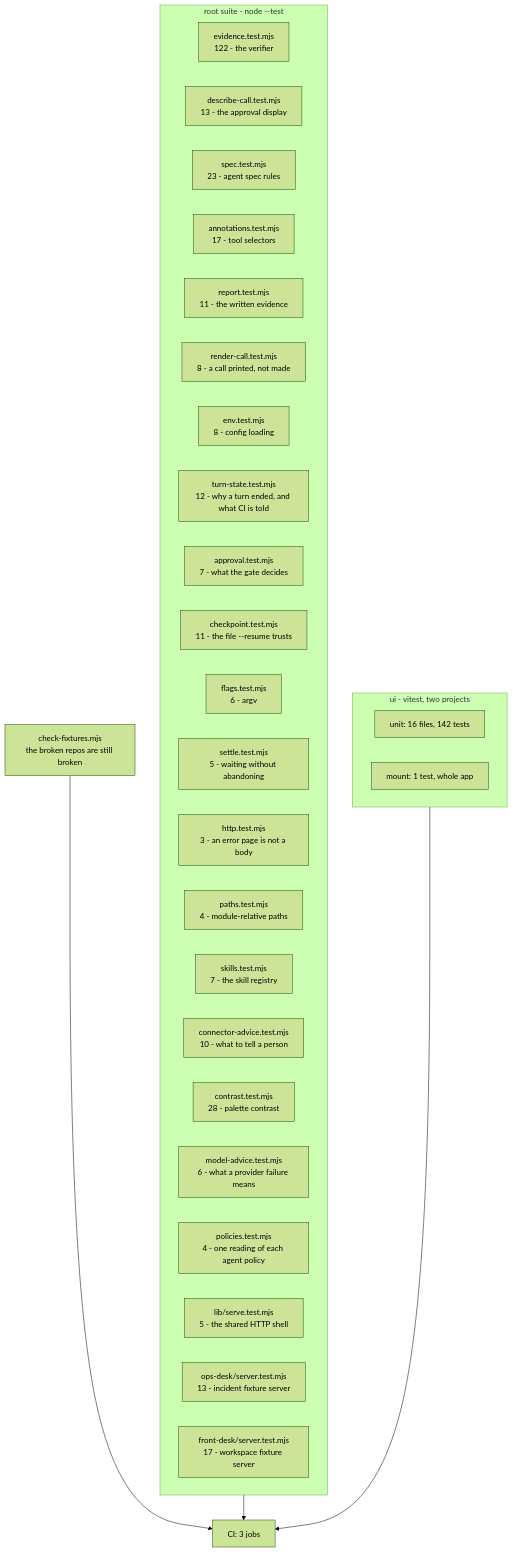
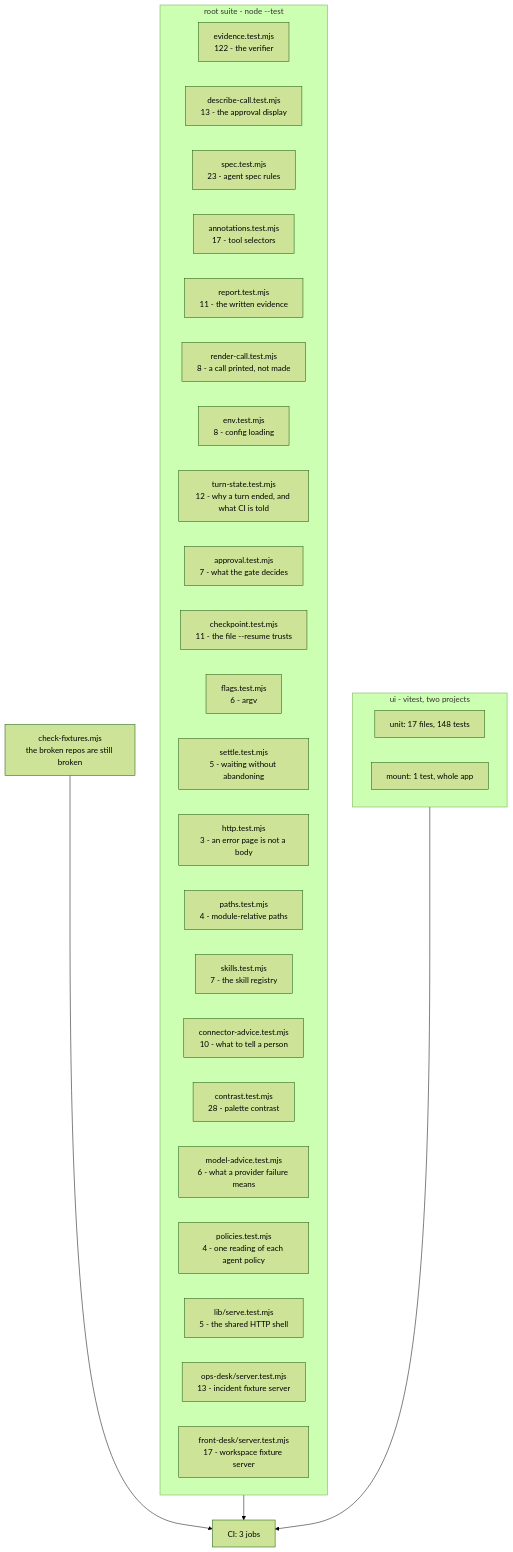
Before and after one commit to manumishra12/quartermaster: the diagram in TESTING.md, drawn with Mermaid (forest theme). The commit also changed other lines of this file and 4 other files, not shown here.

````diff
--- a/TESTING.md
+++ b/TESTING.md
@@ -30,38 +30,38 @@
 ```mermaid
 flowchart TD
   subgraph root["root suite - node --test"]
     EV["evidence.test.mjs<br/>122 - the verifier"]
     DC["describe-call.test.mjs<br/>13 - the approval display"]
     SP["spec.test.mjs<br/>23 - agent spec rules"]
     AN["annotations.test.mjs<br/>17 - tool selectors"]
     RP["report.test.mjs<br/>11 - the written evidence"]
     RC["render-call.test.mjs<br/>8 - a call printed, not made"]
     EN["env.test.mjs<br/>8 - config loading"]
     TS["turn-state.test.mjs<br/>12 - why a turn ended, and what CI is told"]
     AP["approval.test.mjs<br/>7 - what the gate decides"]
     CK["checkpoint.test.mjs<br/>11 - the file --resume trusts"]
     FL["flags.test.mjs<br/>6 - argv"]
     ST["settle.test.mjs<br/>5 - waiting without abandoning"]
     HT["http.test.mjs<br/>3 - an error page is not a body"]
     PA["paths.test.mjs<br/>4 - module-relative paths"]
     SK["skills.test.mjs<br/>7 - the skill registry"]
     CA["connector-advice.test.mjs<br/>10 - what to tell a person"]
     CO["contrast.test.mjs<br/>28 - palette contrast"]
     MA["model-advice.test.mjs<br/>6 - what a provider failure means"]
     PO["policies.test.mjs<br/>4 - one reading of each agent policy"]
     SV["lib/serve.test.mjs<br/>5 - the shared HTTP shell"]
     OD["ops-desk/server.test.mjs<br/>13 - incident fixture server"]
     FD["front-desk/server.test.mjs<br/>17 - workspace fixture server"]
   end
 
   subgraph ui["ui - vitest, two projects"]
-    U1["unit: 16 files, 142 tests"]
+    U1["unit: 17 files, 148 tests"]
     U2["mount: 1 test, whole app"]
   end
 
   FX["check-fixtures.mjs<br/>the broken repos are still broken"]
 
   root --> CI["CI: 3 jobs"]
   ui --> CI
   FX --> CI
 ```
````
